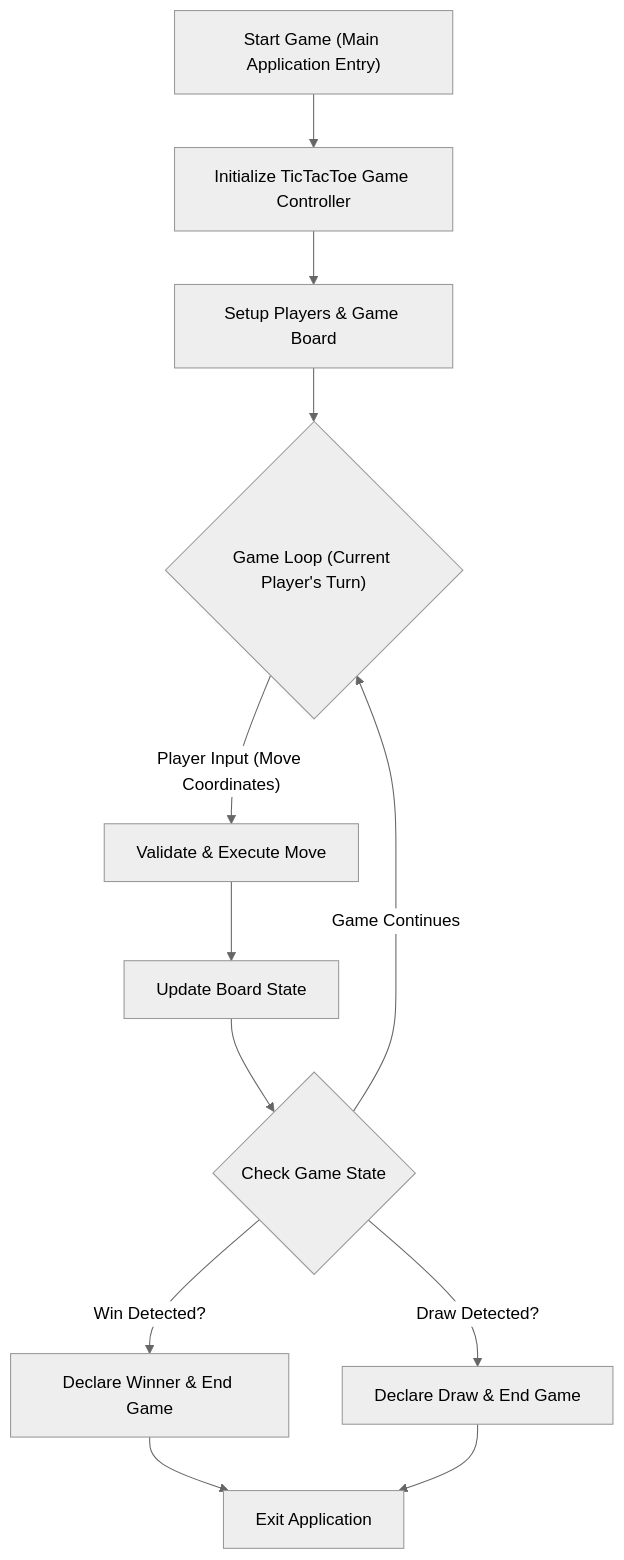
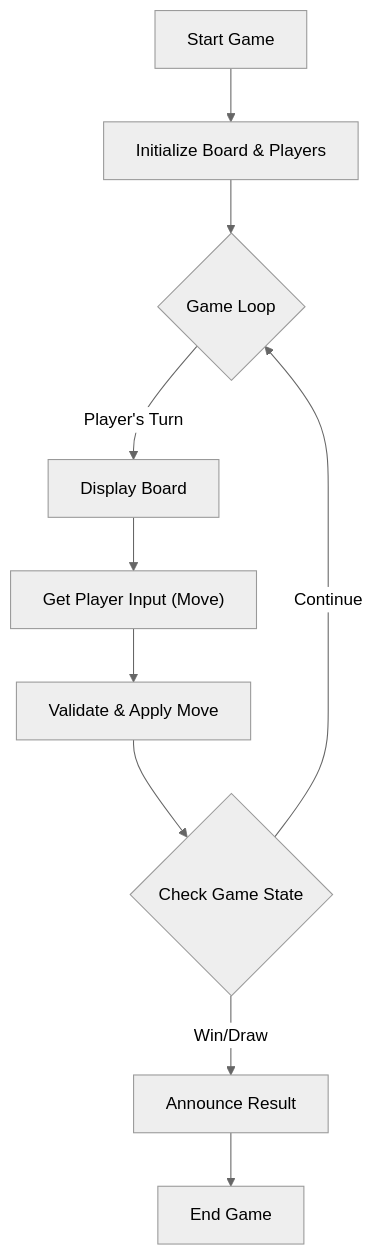
Before and after one commit to grewal16/low_level_design: the diagram in README.md, drawn with Mermaid (neutral theme). The commit also changed other lines of this file, not shown here.

````diff
--- a/README.md
+++ b/README.md
@@ -39,14 +32,12 @@
 ```mermaid
 graph TD
-    A["Start Game (Main Application Entry)"] --> B["Initialize TicTacToe Game Controller"];
-    B --> C["Setup Players & Game Board"];
-    C --> D{"Game Loop (Current Player's Turn)"};
-    D -- "Player Input (Move Coordinates)" --> E["Validate & Execute Move"];
-    E --> F["Update Board State"];
+    A["Start Game"] --> B["Initialize Board & Players"];
+    B --> C{"Game Loop"};
+    C -- "Player's Turn" --> D["Display Board"];
+    D --> E["Get Player Input (Move)"];
+    E --> F["Validate & Apply Move"];
     F --> G{"Check Game State"};
-    G -- "Win Detected?" --> H["Declare Winner & End Game"];
-    G -- "Draw Detected?" --> I["Declare Draw & End Game"];
-    G -- "Game Continues" --> D;
-    H --> J["Exit Application"];
-    I --> J;
+    G -- "Win/Draw" --> H["Announce Result"];
+    G -- "Continue" --> C;
+    H --> I["End Game"];
 ```
````
